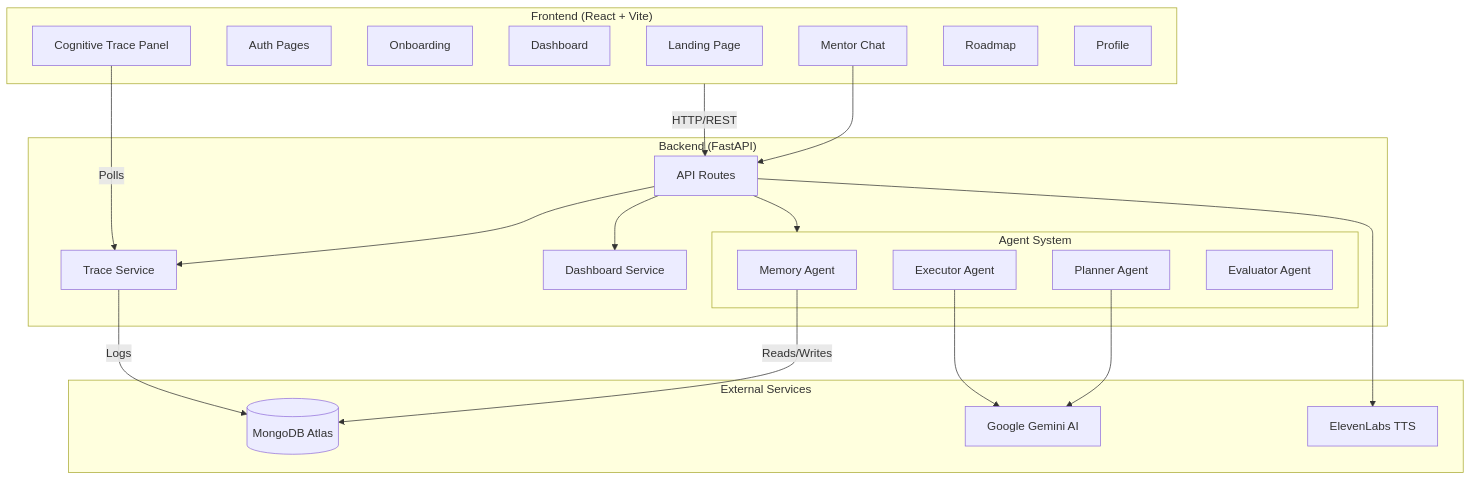
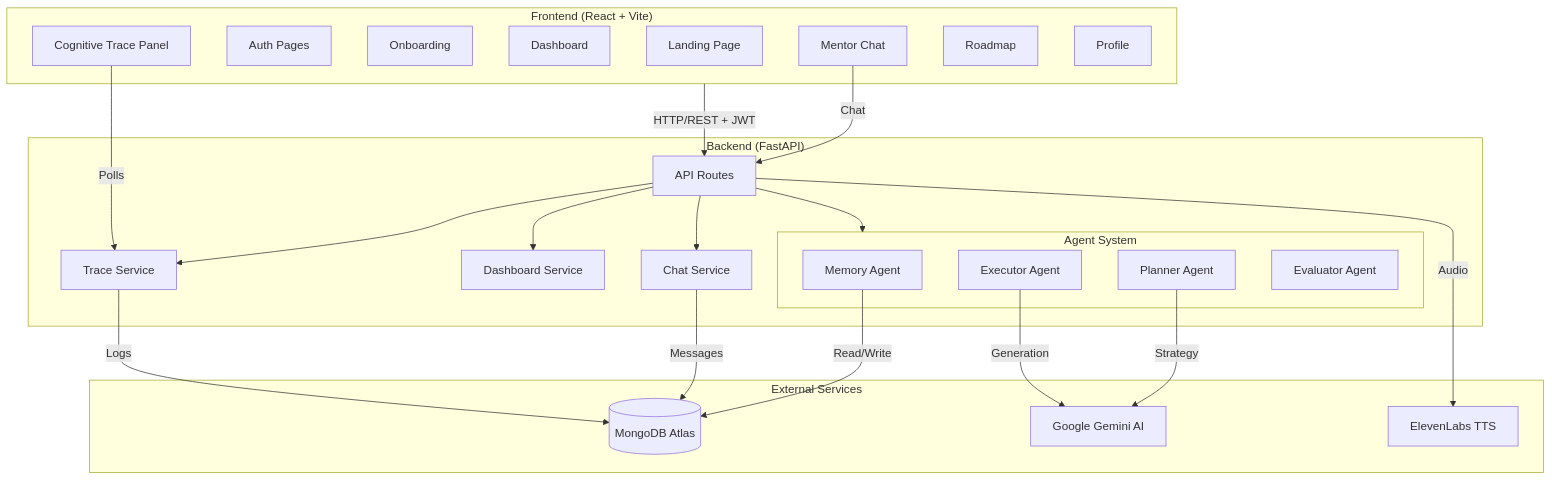
One commit to akshanshmaurya/Synapse changed the first of 6 diagrams in README.md. Above: the diagram before and after it, drawn with Mermaid. The commit also changed other lines of this file and 10 other files, not shown here.

Commit message:
feat: Add comprehensive backend test suite for API endpoints and JWT, introduce CI workflow, and update project configuration.

````diff
--- a/README.md
+++ b/README.md
@@ -44,46 +110,49 @@
 ```mermaid
 flowchart TB
     subgraph Frontend["Frontend (React + Vite)"]
         LP[Landing Page]
         AUTH[Auth Pages]
         OB[Onboarding]
         DASH[Dashboard]
         MENTOR[Mentor Chat]
         TRACE_UI[Cognitive Trace Panel]
         ROAD[Roadmap]
         PROF[Profile]
     end
     
     subgraph Backend["Backend (FastAPI)"]
         API[API Routes]
         subgraph Agents["Agent System"]
             MEM[Memory Agent]
             PLAN[Planner Agent]
             EXEC[Executor Agent]
             EVAL[Evaluator Agent]
         end
         DASH_SVC[Dashboard Service]
         TRACE_SVC[Trace Service]
+        CHAT_SVC[Chat Service]
     end
     
     subgraph External["External Services"]
         MONGO[(MongoDB Atlas)]
         GEMINI[Google Gemini AI]
         ELEVEN[ElevenLabs TTS]
     end
     
-    Frontend --> |HTTP/REST| API
+    Frontend --> |HTTP/REST + JWT| API
     API --> Agents
     API --> DASH_SVC
+    API --> CHAT_SVC
     API --> TRACE_SVC
     
-    MEM --> |Reads/Writes| MONGO
+    MEM --> |Read/Write| MONGO
+    CHAT_SVC --> |Messages| MONGO
     TRACE_SVC --> |Logs| MONGO
     
-    PLAN --> GEMINI
-    EXEC --> GEMINI
-    API --> ELEVEN
+    PLAN --> |Strategy| GEMINI
+    EXEC --> |Generation| GEMINI
+    API --> |Audio| ELEVEN
     
-    MENTOR --> API
+    MENTOR --> |Chat| API
     TRACE_UI --> |Polls| TRACE_SVC
 ```
````
